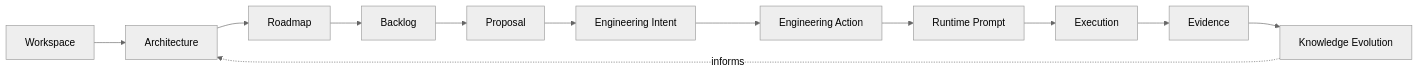
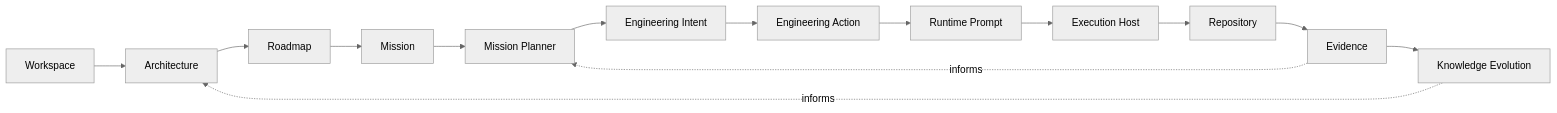
The second of 10 diagrams in docs/architecture/FORGE_FOUNDING_ARCHITECTURE_HANDBOOK.md (pcvantol/forge), drawn with Mermaid (neutral theme) before and after one commit. The commit also changed other lines of this file and 15 other files, not shown here.

Commit message:
docs: reconcile mission-driven engineering architecture

````diff
--- a/docs/architecture/FORGE_FOUNDING_ARCHITECTURE_HANDBOOK.md
+++ b/docs/architecture/FORGE_FOUNDING_ARCHITECTURE_HANDBOOK.md
@@ -141,8 +143,9 @@
 ```mermaid
 flowchart LR
-    W[Workspace] --> A[Architecture] --> R[Roadmap] --> B[Backlog]
-    B --> P[Proposal] --> I[Engineering Intent] --> AC[Engineering Action]
-    AC --> PR[Runtime Prompt] --> X[Execution]
-    X --> E[Evidence] --> KE[Knowledge Evolution]
+    W[Workspace] --> A[Architecture] --> R[Roadmap] --> M[Mission]
+    M --> MP[Mission Planner] --> I[Engineering Intent] --> AC[Engineering Action]
+    AC --> PR[Runtime Prompt] --> H[Execution Host] --> RE[Repository]
+    RE --> E[Evidence] --> KE[Knowledge Evolution]
+    E -. informs .-> MP
     KE -. informs .-> A
 ```
````
